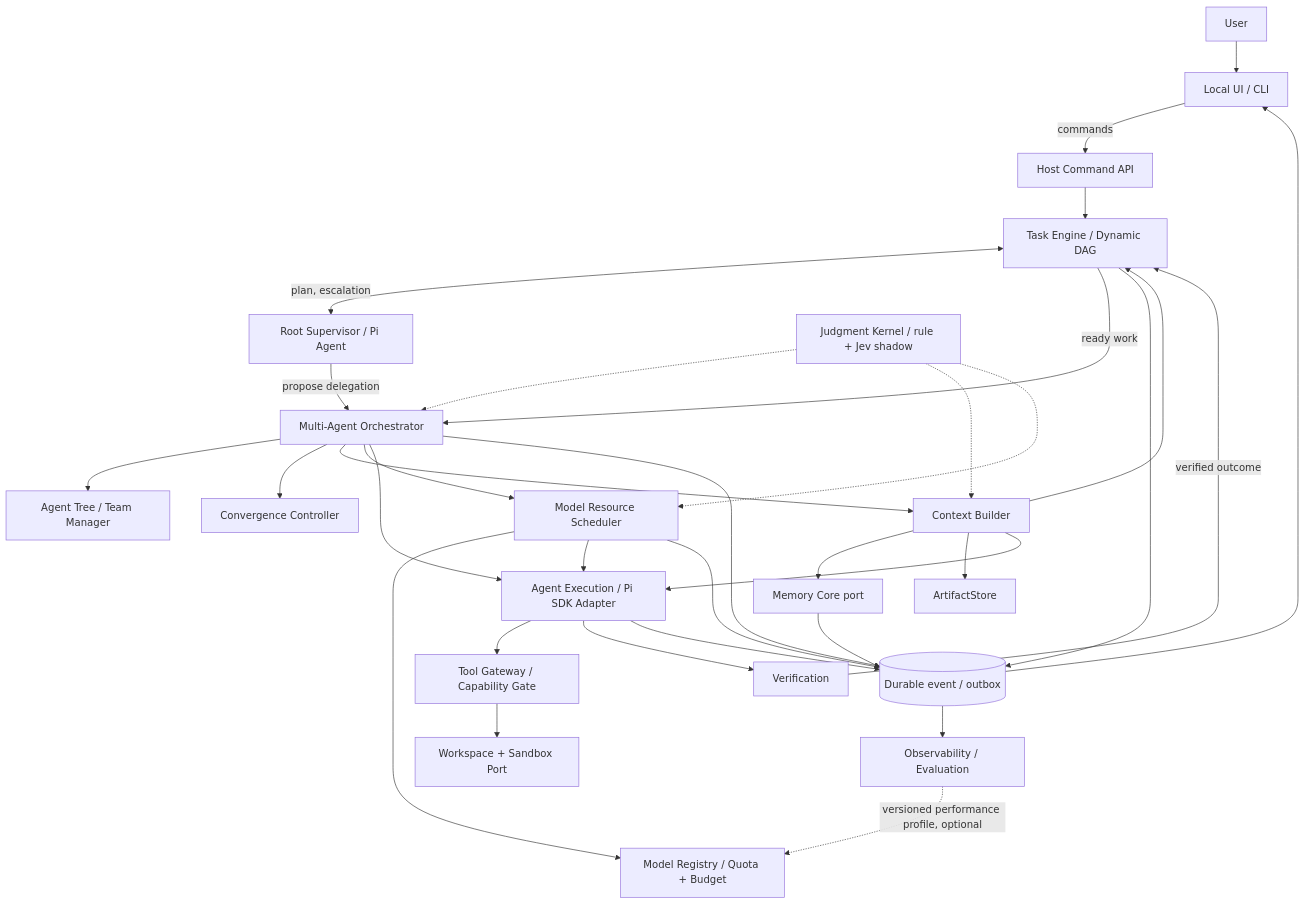
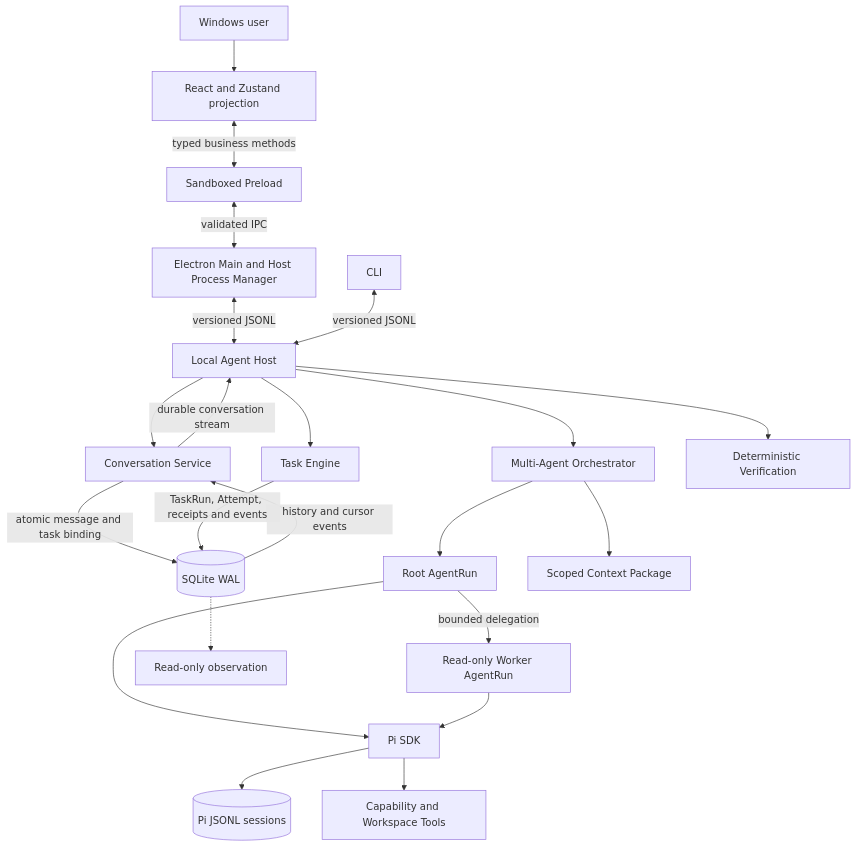
One commit to zzzzzzzlo/zlo-agent changed the diagram in diagrams/system.mmd. Above: the diagram before and after it, drawn with Mermaid. The commit also changed 46 other files, not shown here.

Commit message:
feat: connect Electron desktop to the local Agent Host

```diff
--- a/diagrams/system.mmd
+++ b/diagrams/system.mmd
@@ -1,33 +1,22 @@
 flowchart TD
-    USER[User] --> UI[Local UI / CLI]
-    UI -->|commands| CMD[Host Command API]
-    CMD --> TE[Task Engine / Dynamic DAG]
-    TE <-->|plan, escalation| ROOT[Root Supervisor / Pi Agent]
-    TE -->|ready work| ORCH[Multi-Agent Orchestrator]
-    ROOT -->|propose delegation| ORCH
-    ORCH --> AT[Agent Tree / Team Manager]
-    ORCH --> CC[Convergence Controller]
-    ORCH --> CB[Context Builder]
-    ORCH --> MS[Model Resource Scheduler]
-    CB --> MEM[Memory Core port]
-    CB --> ART[ArtifactStore]
-    CB --> TE
-    MS --> REG[Model Registry / Quota + Budget]
-    ORCH --> EX[Agent Execution / Pi SDK Adapter]
-    CB --> EX
-    MS --> EX
-    EX --> TOOL[Tool Gateway / Capability Gate]
-    TOOL --> WS[Workspace + Sandbox Port]
-    EX --> VE[Verification]
-    VE -->|verified outcome| TE
-    J[Judgment Kernel / rule + Jev shadow] -.-> ORCH
-    J -.-> CB
-    J -.-> MS
-    EX --> EB[(Durable event / outbox)]
-    TE --> EB
-    ORCH --> EB
-    MEM --> EB
-    MS --> EB
-    EB --> UI
-    EB --> OBS[Observability / Evaluation]
-    OBS -.->|versioned performance profile, optional| REG
+    USER[Windows user] --> UI[React and Zustand projection]
+    UI <-->|typed business methods| PRE[Sandboxed Preload]
+    PRE <-->|validated IPC| MAIN[Electron Main and Host Process Manager]
+    MAIN <-->|versioned JSONL| HOST[Local Agent Host]
+    CLI[CLI] <-->|versioned JSONL| HOST
+    HOST --> CONV[Conversation Service]
+    HOST --> TASK[Task Engine]
+    CONV -->|atomic message and task binding| SQL[(SQLite WAL)]
+    TASK -->|TaskRun, Attempt, receipts and events| SQL
+    HOST --> ORCH[Multi-Agent Orchestrator]
+    ORCH --> ROOT[Root AgentRun]
+    ROOT -->|bounded delegation| WORKER[Read-only Worker AgentRun]
+    ORCH --> CONTEXT[Scoped Context Package]
+    ROOT --> PI[Pi SDK]
+    WORKER --> PI
+    PI --> SESSION[(Pi JSONL sessions)]
+    PI --> TOOLS[Capability and Workspace Tools]
+    HOST --> VERIFY[Deterministic Verification]
+    SQL -->|history and cursor events| CONV
+    CONV -->|durable conversation stream| HOST
+    SQL -.-> OBS[Read-only observation]
```
